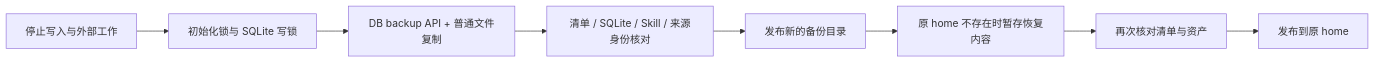
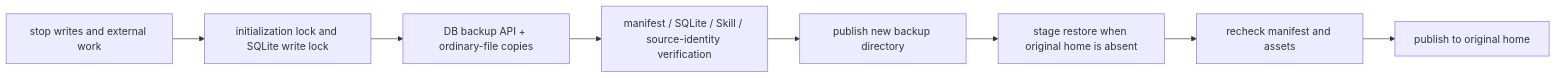
One commit to 626619403/Ergora changed the second of 2 diagrams in docs/architecture/state-migrations.md. Above: the diagram before and after it, drawn with Mermaid. The commit also changed other lines of this file and 439 other files, not shown here.

````diff
--- a/docs/architecture/state-migrations.md
+++ b/docs/architecture/state-migrations.md
@@ -52,10 +55,10 @@
 ```mermaid
 flowchart LR
-  Offline[停止写入与外部工作] --> Lock[初始化锁与 SQLite 写锁]
-  Lock --> Snapshot[DB backup API + 普通文件复制]
-  Snapshot --> Verify[清单 / SQLite / Skill / 来源身份核对]
-  Verify --> Publish[发布新的备份目录]
-  Publish --> Stage[原 home 不存在时暂存恢复内容]
-  Stage --> Recheck[再次核对清单与资产]
-  Recheck --> Restore[发布到原 home]
+  Offline[stop writes and external work] --> Lock[initialization lock and SQLite write lock]
+  Lock --> Snapshot[DB backup API + ordinary-file copies]
+  Snapshot --> Verify[manifest / SQLite / Skill / source-identity verification]
+  Verify --> Publish[publish new backup directory]
+  Publish --> Stage[stage restore when original home is absent]
+  Stage --> Recheck[recheck manifest and assets]
+  Recheck --> Restore[publish to original home]
 ```
````
